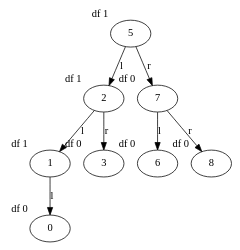
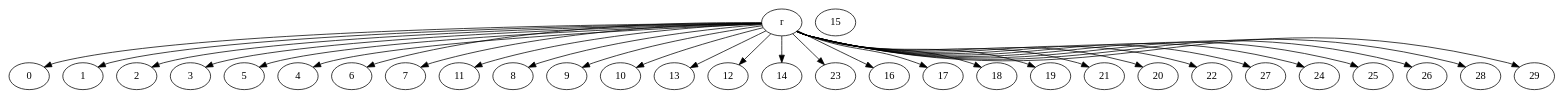
The diagram in graph.dot (justin31121/avl-c), drawn with Graphviz before and after one commit. The commit also changed 7 other files, not shown here.

```diff
--- a/graph.dot
+++ b/graph.dot
@@ -1,17 +1,46 @@
 digraph {
-	0[xlabel="df 0"]
-	1 -> 0[label="l"];
-	1[xlabel="df 1"]
-	2 -> 1[label="l"];
-	2 -> 3[label="r"];
-	3[xlabel="df 0"]
-	2[xlabel="df 1"]
-	5 -> 2[label="l"];
-	5 -> 7[label="r"];
-	6[xlabel="df 0"]
-	7 -> 6[label="l"];
-	7 -> 8[label="r"];
-	8[xlabel="df 0"]
-	7[xlabel="df 0"]
-	5[xlabel="df 1"]
+	0B0
+	1B0 -> 0B0[label="l"];
+	1B0 -> 2B0[label="r"];
+	2B0
+	3B0 -> 1B0[label="l"];
+	3B0 -> 5B0[label="r"];
+	4B0
+	5B0 -> 4B0[label="l"];
+	5B0 -> 6B0[label="r"];
+	6B0
+	7B0 -> 3B0[label="l"];
+	7B0 -> 11B0[label="r"];
+	8B0
+	9B0 -> 8B0[label="l"];
+	9B0 -> 10B0[label="r"];
+	10B0
+	11B0 -> 9B0[label="l"];
+	11B0 -> 13B0[label="r"];
+	12B0
+	13B0 -> 12B0[label="l"];
+	13B0 -> 14B0[label="r"];
+	14B0
+	15B0 -> 7B0[label="l"];
+	15B0 -> 23B0[label="r"];
+	16B0
+	17B0 -> 16B0[label="l"];
+	17B0 -> 18B0[label="r"];
+	18B0
+	19B0 -> 17B0[label="l"];
+	19B0 -> 21B0[label="r"];
+	20B0
+	21B0 -> 20B0[label="l"];
+	21B0 -> 22B0[label="r"];
+	22B0
+	23B0 -> 19B0[label="l"];
+	23B0 -> 27B0[label="r"];
+	24B0
+	25B0 -> 24B0[label="l"];
+	25B0 -> 26B0[label="r"];
+	26B0
+	27B0 -> 25B0[label="l"];
+	27B0 -> 28B0[label="r"];
+	28B0 -> 29B0[label="r"];
+	29B0
 }
```
